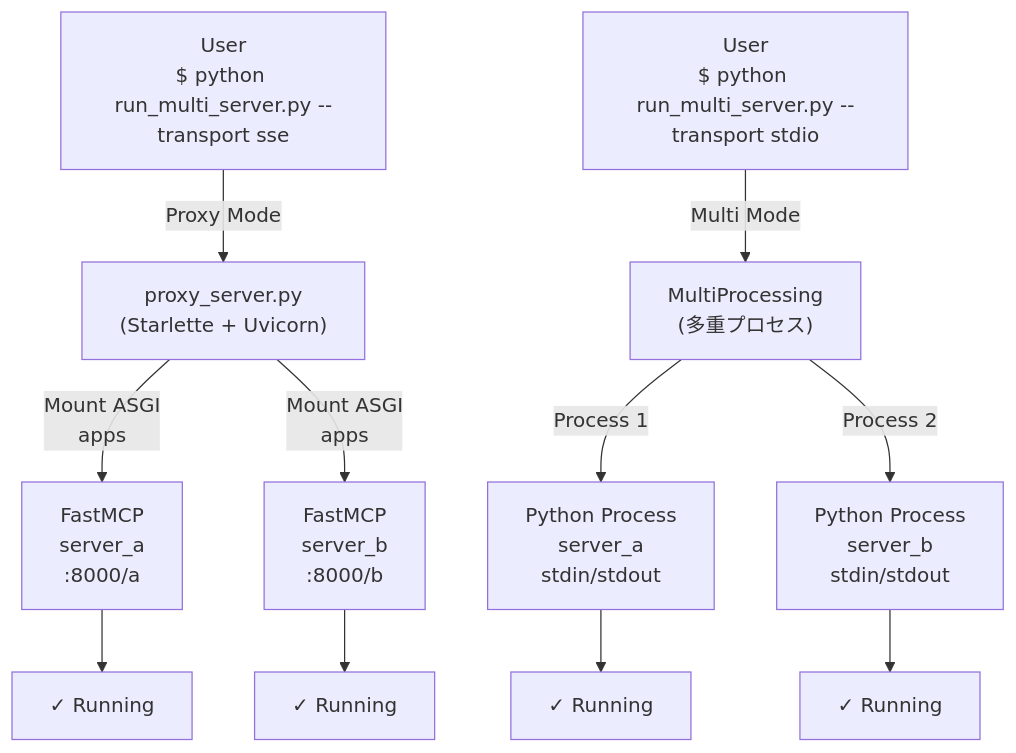
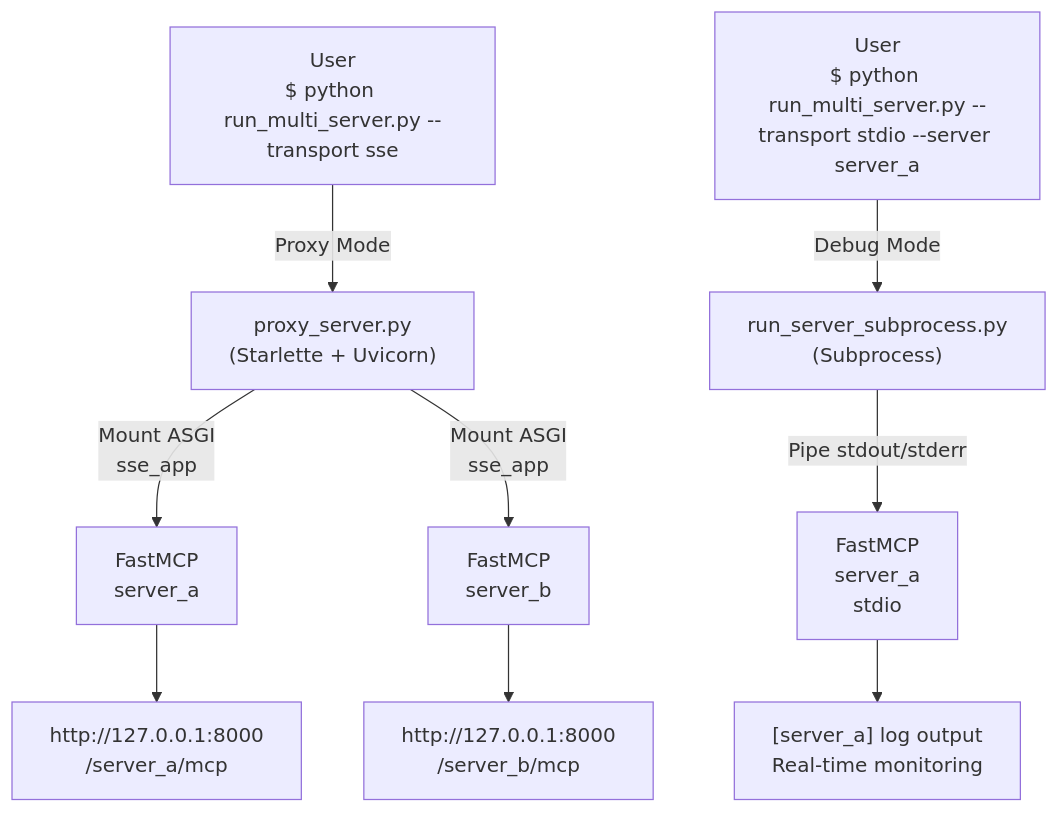
Before and after one commit to duwenji/mcp_layout_proposal: the diagram in README.md, drawn with Mermaid. The commit also changed other lines of this file and 4 other files, not shown here.

First line of the commit message:
Add .gitignore and implement debug mode for single server execution

````diff
--- a/README.md
+++ b/README.md
@@ -60,19 +59,18 @@
 ```mermaid
 graph TD
     A["User<br/>$ python run_multi_server.py --transport sse"]
-    B["User<br/>$ python run_multi_server.py --transport stdio"]
+    B["User<br/>$ python run_multi_server.py --transport stdio --server server_a"]
     
     A -->|Proxy Mode| PA["proxy_server.py<br/>(Starlette + Uvicorn)"]
-    B -->|Multi Mode| MB["MultiProcessing<br/>(多重プロセス)"]
+    B -->|Debug Mode| MB["run_server_subprocess.py<br/>(Subprocess)"]
     
-    PA -->|Mount ASGI<br/>apps| SA["FastMCP<br/>server_a<br/>:8000/a"]
-    PA -->|Mount ASGI<br/>apps| SB["FastMCP<br/>server_b<br/>:8000/b"]
+    PA -->|Mount ASGI<br/>sse_app| SA["FastMCP<br/>server_a"]
+    PA -->|Mount ASGI<br/>sse_app| SB["FastMCP<br/>server_b"]
     
-    MB -->|Process 1| P1["Python Process<br/>server_a<br/>stdin/stdout"]
-    MB -->|Process 2| P2["Python Process<br/>server_b<br/>stdin/stdout"]
+    MB -->|Pipe stdout/stderr| P1["FastMCP<br/>server_a<br/>stdio"]
     
-    SA --> RA["✓ Running"]
-    SB --> RB["✓ Running"]
-    P1 --> RP1["✓ Running"]
-    P2 --> RP2["✓ Running"]
+    SA --> EP_A["http://127.0.0.1:8000<br/>/server_a/mcp"]
+    SB --> EP_B["http://127.0.0.1:8000<br/>/server_b/mcp"]
+    
+    P1 --> LOG["[server_a] log output<br/>Real-time monitoring"]
 ```
````
